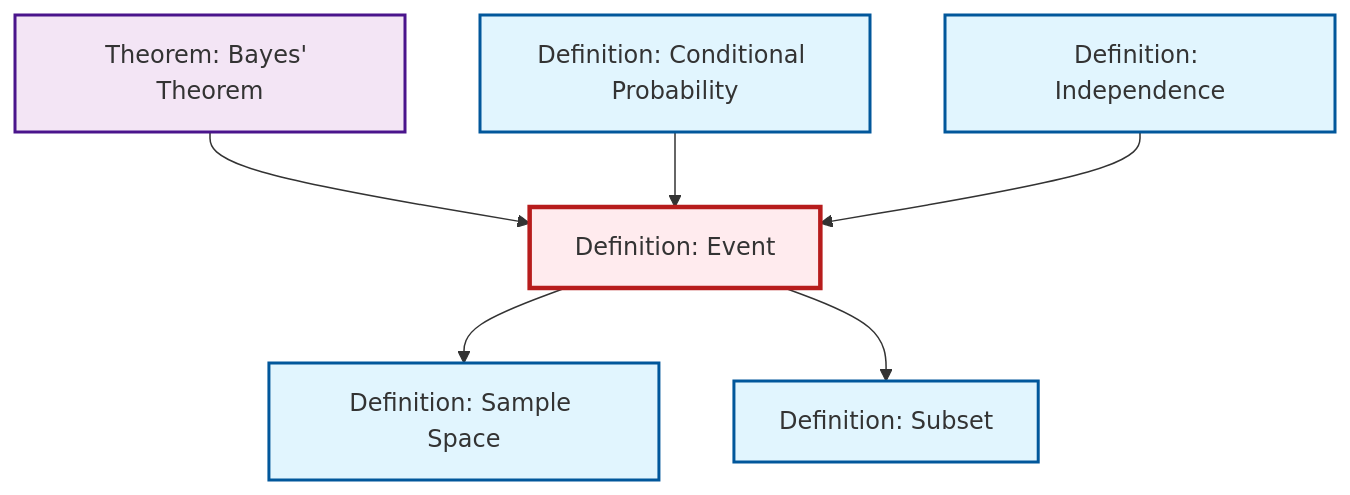
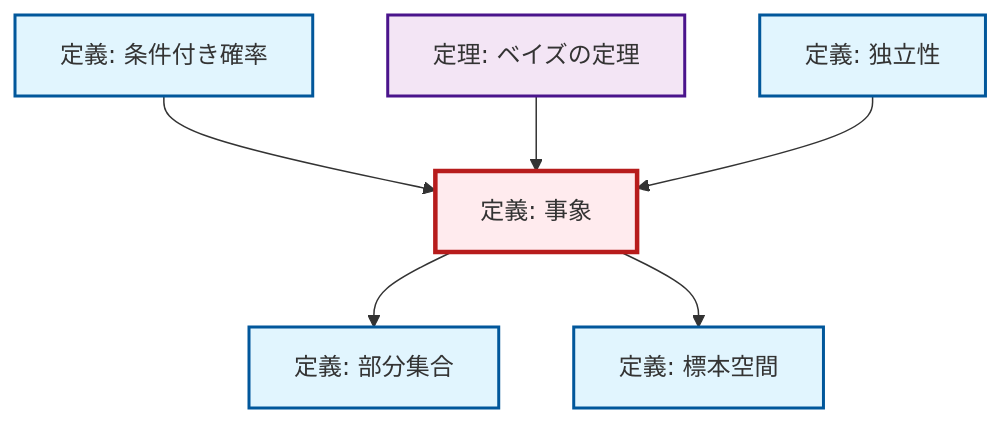
Before and after one commit to RK0429/ModernMath: the diagram in content/ja/probability-statistics/def-event.qmd, drawn with Mermaid. The commit also changed 1069 other files, not shown here.

````diff
--- a/content/ja/probability-statistics/def-event.qmd
+++ b/content/ja/probability-statistics/def-event.qmd
@@ -70,26 +70,26 @@
 ```{mermaid}
 %%| fig-cap: "Local dependency graph"
 graph TD
     classDef definition fill:#e1f5fe,stroke:#01579b,stroke-width:2px
     classDef theorem fill:#f3e5f5,stroke:#4a148c,stroke-width:2px
     classDef axiom fill:#fff3e0,stroke:#e65100,stroke-width:2px
     classDef example fill:#e8f5e9,stroke:#1b5e20,stroke-width:2px
     classDef current fill:#ffebee,stroke:#b71c1c,stroke-width:3px
-    def-event["Definition: Event"]:::definition
-    def-conditional-probability["Definition: Conditional Probability"]:::definition
-    thm-bayes["Theorem: Bayes' Theorem"]:::theorem
-    def-subset["Definition: Subset"]:::definition
-    def-sample-space["Definition: Sample Space"]:::definition
-    def-independence["Definition: Independence"]:::definition
-    thm-bayes --> def-event
-    def-event --> def-sample-space
+    def-sample-space["定義: 標本空間"]:::definition
+    def-conditional-probability["定義: 条件付き確率"]:::definition
+    def-event["定義: 事象"]:::definition
+    thm-bayes["定理: ベイズの定理"]:::theorem
+    def-subset["定義: 部分集合"]:::definition
+    def-independence["定義: 独立性"]:::definition
     def-event --> def-subset
     def-conditional-probability --> def-event
+    def-event --> def-sample-space
+    thm-bayes --> def-event
     def-independence --> def-event
     class def-event current
-    click def-conditional-probability "def-conditional-probability.html" "Definition: Conditional Probabilityへ"
-    click thm-bayes "thm-bayes.html" "Theorem: Bayes' Theoremへ"
-    click def-subset "def-subset.html" "Definition: Subsetへ"
-    click def-sample-space "def-sample-space.html" "Definition: Sample Spaceへ"
-    click def-independence "def-independence.html" "Definition: Independenceへ"
+    click def-sample-space "def-sample-space.html" "標本空間の定義へ"
+    click def-conditional-probability "def-conditional-probability.html" "条件付き確率の定義へ"
+    click thm-bayes "thm-bayes.html" "ベイズの定理の定理へ"
+    click def-subset "def-subset.html" "部分集合の定義へ"
+    click def-independence "def-independence.html" "独立性の定義へ"
 ```
````
